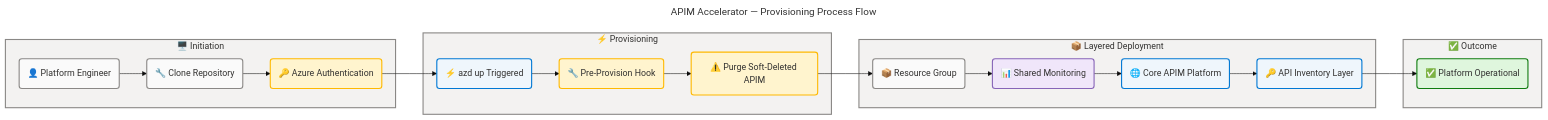
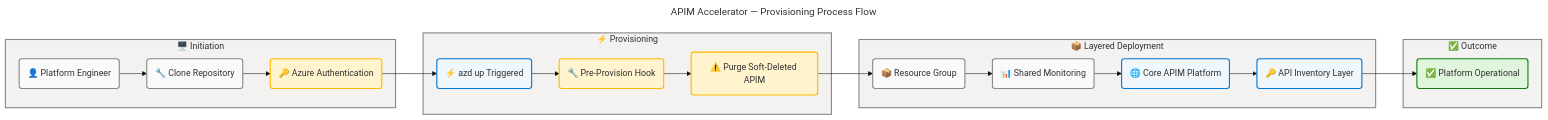
Before and after one commit to Evilazaro/APIM-Accelerator: the second of 6 diagrams in docs/architecture/business-architecture.md, drawn with Mermaid. The commit also changed other lines of this file and 3 other files, not shown here.

````diff
--- a/docs/architecture/business-architecture.md
+++ b/docs/architecture/business-architecture.md
@@ -347,65 +347,64 @@
 ```mermaid
 ---
 title: "APIM Accelerator — Provisioning Process Flow"
 config:
   theme: base
   look: classic
   layout: dagre
   themeVariables:
     fontSize: '16px'
   flowchart:
     htmlLabels: true
 ---
 flowchart LR
     accTitle: API Platform Provisioning Process Flow
     accDescr: End-to-end provisioning sequence from platform engineer authentication through azd-up trigger, pre-provision hook soft-delete cleanup, layered Bicep deployment of monitoring then APIM then inventory, to operational platform outcome — sourced from README.md and azure.yaml
 
     %% ═══════════════════════════════════════════════════════════════════════════
     %% AZURE / FLUENT ARCHITECTURE PATTERN v1.1
     %% (Semantic + Structural + Font + Accessibility Governance)
     %% ═══════════════════════════════════════════════════════════════════════════
     %% PHASE 1 - FLUENT UI: All styling uses approved Fluent UI palette only
     %% PHASE 2 - GROUPS: Every subgraph has semantic color via style directive
     %% PHASE 3 - COMPONENTS: Every node has semantic classDef + icon prefix
     %% PHASE 4 - ACCESSIBILITY: accTitle/accDescr present, WCAG AA contrast
     %% PHASE 5 - STANDARD: Governance block present, classDefs centralized
     %% ═══════════════════════════════════════════════════════════════════════════
 
     subgraph initiation["🖥️ Initiation"]
         actor("👤 Platform Engineer"):::neutral
         clone("🔧 Clone Repository"):::neutral
         auth("🔑 Azure Authentication"):::warning
     end
 
     subgraph provisioning["⚡ Provisioning"]
         trigger("⚡ azd up Triggered"):::core
         preHook("🔧 Pre-Provision Hook"):::warning
         purge("⚠️ Purge Soft-Deleted APIM"):::warning
     end
 
     subgraph deployment["📦 Layered Deployment"]
         rg("📦 Resource Group"):::neutral
-        monitoring("📊 Shared Monitoring"):::data
+        monitoring("📊 Shared Monitoring"):::neutral
         apim("🌐 Core APIM Platform"):::core
         inventory("🔑 API Inventory Layer"):::core
     end
 
     subgraph outcome["✅ Outcome"]
         ready("✅ Platform Operational"):::success
     end
 
     actor --> clone --> auth --> trigger
     trigger --> preHook --> purge --> rg
     rg --> monitoring --> apim --> inventory --> ready
 
     style initiation fill:#F3F2F1,stroke:#8A8886,stroke-width:2px,color:#323130
     style provisioning fill:#F3F2F1,stroke:#8A8886,stroke-width:2px,color:#323130
     style deployment fill:#F3F2F1,stroke:#8A8886,stroke-width:2px,color:#323130
     style outcome fill:#F3F2F1,stroke:#8A8886,stroke-width:2px,color:#323130
 
     classDef neutral fill:#FAFAFA,stroke:#8A8886,stroke-width:2px,color:#323130
     classDef core fill:#EFF6FC,stroke:#0078D4,stroke-width:2px,color:#323130
     classDef success fill:#DFF6DD,stroke:#107C10,stroke-width:2px,color:#323130
     classDef warning fill:#FFF4CE,stroke:#FFB900,stroke-width:2px,color:#323130
-    classDef data fill:#F0E6FA,stroke:#8764B8,stroke-width:2px,color:#323130
 ```
````
